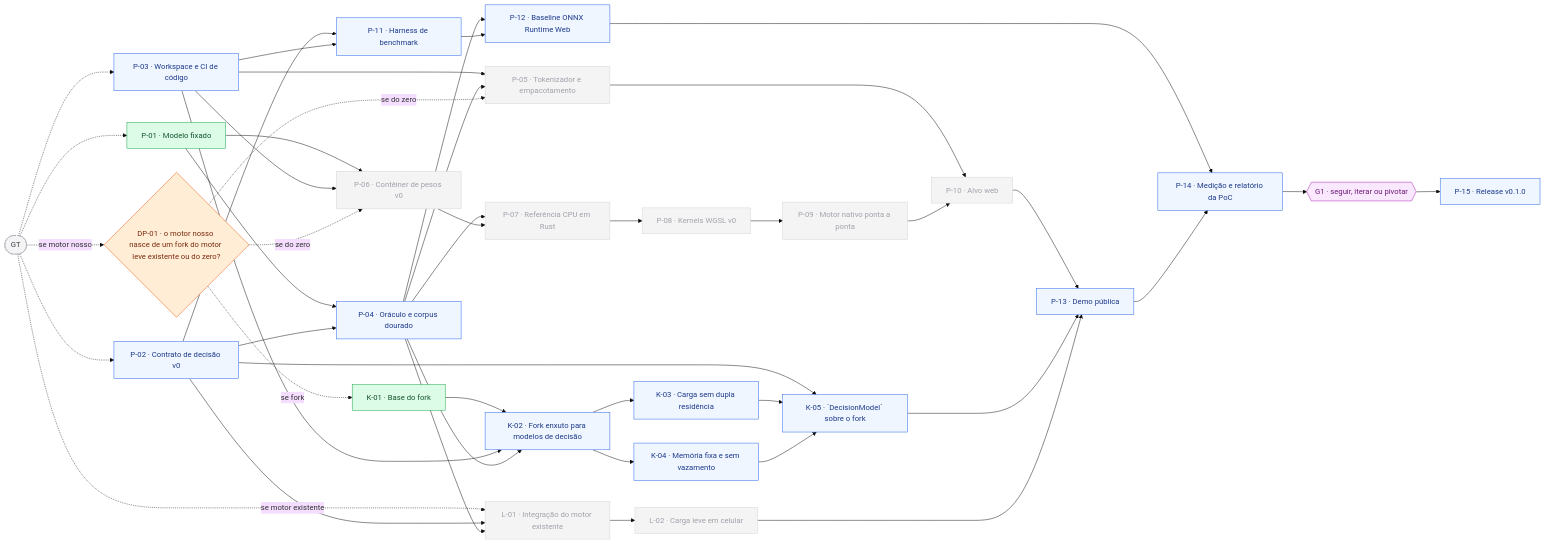
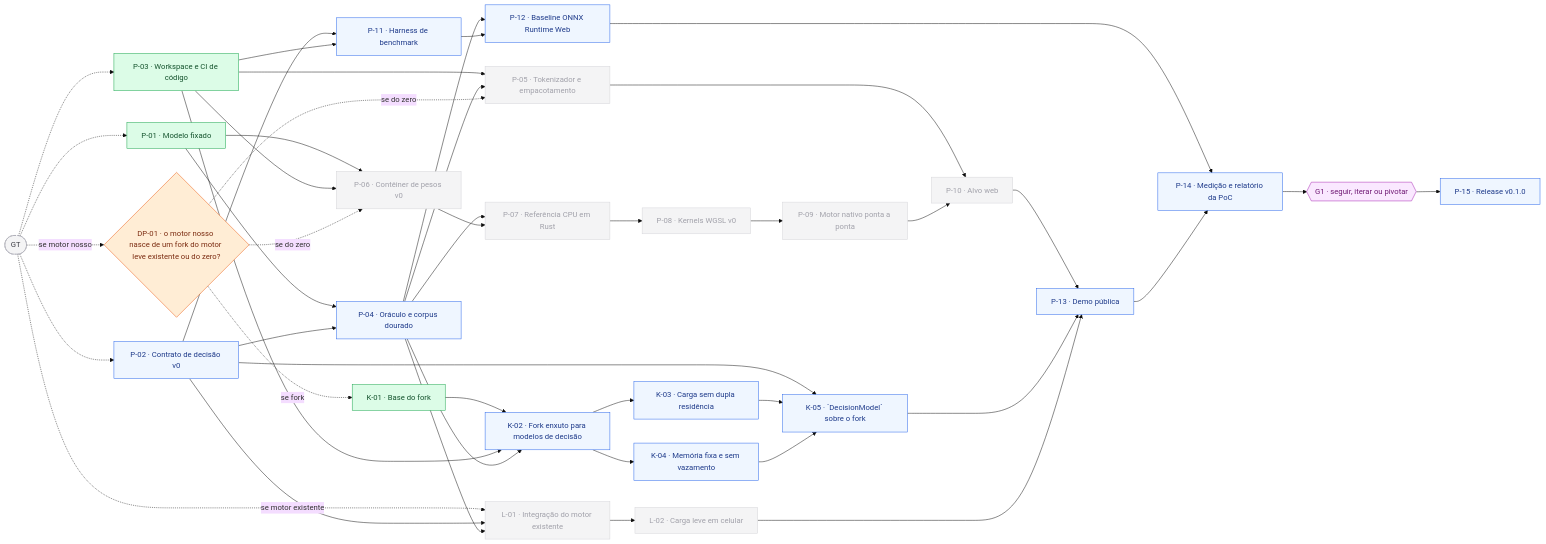
The fourth of 10 diagrams in ROADMAP.md (frederico-kluser/som-webcore), drawn with Mermaid (base theme) before and after one commit. The commit also changed other lines of this file and 20 other files, not shown here.

````diff
--- a/ROADMAP.md
+++ b/ROADMAP.md
@@ -1095,78 +1095,78 @@
 ```mermaid
 flowchart LR
     GT(["GT"]):::ext
     P01["P-01 · Modelo fixado"]:::done
     P02["P-02 · Contrato de decisão v0"]:::todo
-    P03["P-03 · Workspace e CI de código"]:::todo
+    P03["P-03 · Workspace e CI de código"]:::done
     DP01{"DP-01 · o motor nosso nasce de um fork do motor leve existente ou do zero?"}:::fork
     P04["P-04 · Oráculo e corpus dourado"]:::todo
     P11["P-11 · Harness de benchmark"]:::todo
     P06["P-06 · Contêiner de pesos v0"]:::off
     K01["K-01 · Base do fork"]:::done
     P05["P-05 · Tokenizador e empacotamento"]:::off
     L01["L-01 · Integração do motor existente"]:::off
     P12["P-12 · Baseline ONNX Runtime Web"]:::todo
     P07["P-07 · Referência CPU em Rust"]:::off
     K02["K-02 · Fork enxuto para modelos de decisão"]:::todo
     L02["L-02 · Carga leve em celular"]:::off
     P08["P-08 · Kernels WGSL v0"]:::off
     K03["K-03 · Carga sem dupla residência"]:::todo
     K04["K-04 · Memória fixa e sem vazamento"]:::todo
     P09["P-09 · Motor nativo ponta a ponta"]:::off
     K05["K-05 · `DecisionModel` sobre o fork"]:::todo
     P10["P-10 · Alvo web"]:::off
     P13["P-13 · Demo pública"]:::todo
     P14["P-14 · Medição e relatório da PoC"]:::todo
     G1{{"G1 · seguir, iterar ou pivotar"}}:::gate
     P15["P-15 · Release v0.1.0"]:::todo
     GT -.-> P01
     GT -.-> P02
     GT -.-> P03
     GT -.->|"se motor nosso"| DP01
     P01 --> P04
     P02 --> P04
     P02 --> P11
     P03 --> P11
     P01 --> P06
     P03 --> P06
     DP01 -.->|"se do zero"| P06
     DP01 -.->|"se fork"| K01
     P03 --> P05
     P04 --> P05
     DP01 -.->|"se do zero"| P05
     GT -.->|"se motor existente"| L01
     P02 --> L01
     P04 --> L01
     P04 --> P12
     P11 --> P12
     P04 --> P07
     P06 --> P07
     K01 --> K02
     P03 --> K02
     P04 --> K02
     L01 --> L02
     P07 --> P08
     K02 --> K03
     K02 --> K04
     P08 --> P09
     P02 --> K05
     K03 --> K05
     K04 --> K05
     P05 --> P10
     P09 --> P10
     P10 --> P13
     K05 --> P13
     L02 --> P13
     P12 --> P14
     P13 --> P14
     P14 --> G1
     G1 --> P15
     classDef done fill:#dcfce7,stroke:#16a34a,color:#14532d;
     classDef doing fill:#fef9c3,stroke:#ca8a04,color:#713f12;
     classDef todo fill:#eff6ff,stroke:#2563eb,color:#1e3a8a;
     classDef gate fill:#fae8ff,stroke:#a21caf,color:#701a75;
     classDef fork fill:#ffedd5,stroke:#ea580c,color:#7c2d12;
     classDef opt fill:#f8fafc,stroke:#64748b,color:#334155,stroke-dasharray: 5 4;
     classDef off fill:#f4f4f5,stroke:#d4d4d8,color:#a1a1aa;
     classDef ext fill:#f4f4f5,stroke:#a1a1aa,color:#3f3f46,stroke-dasharray: 4 3;
 ```
````
